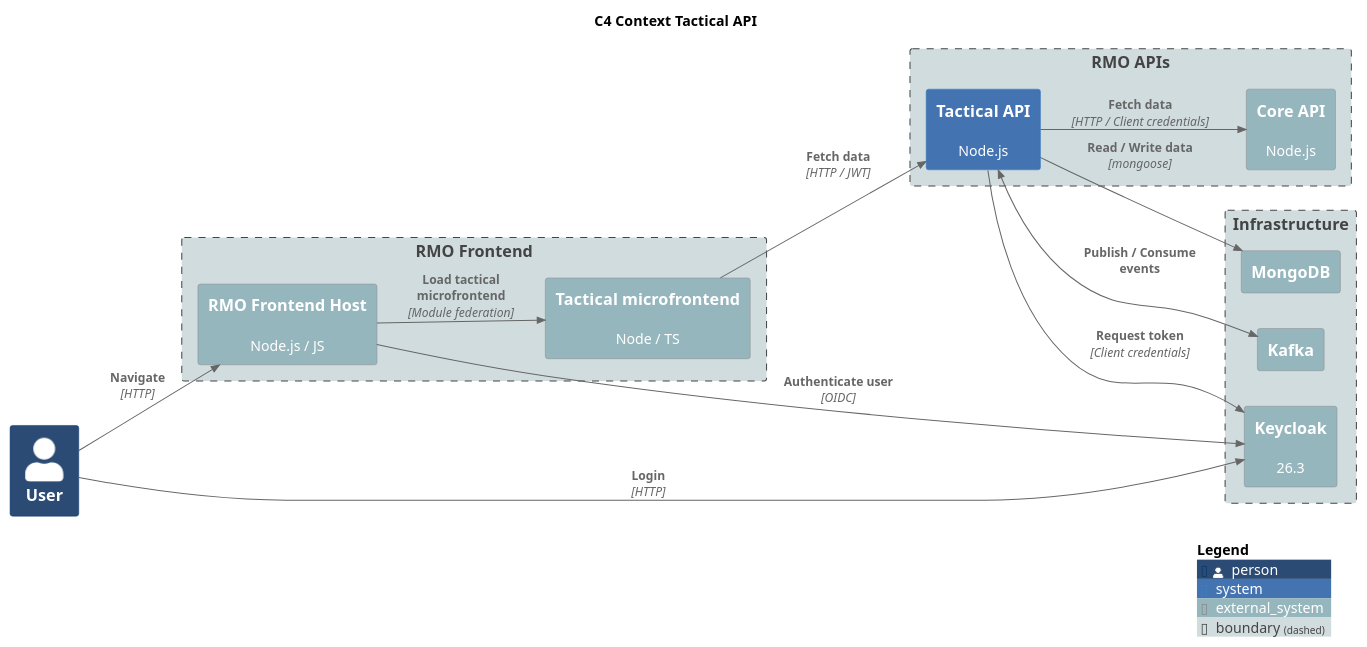
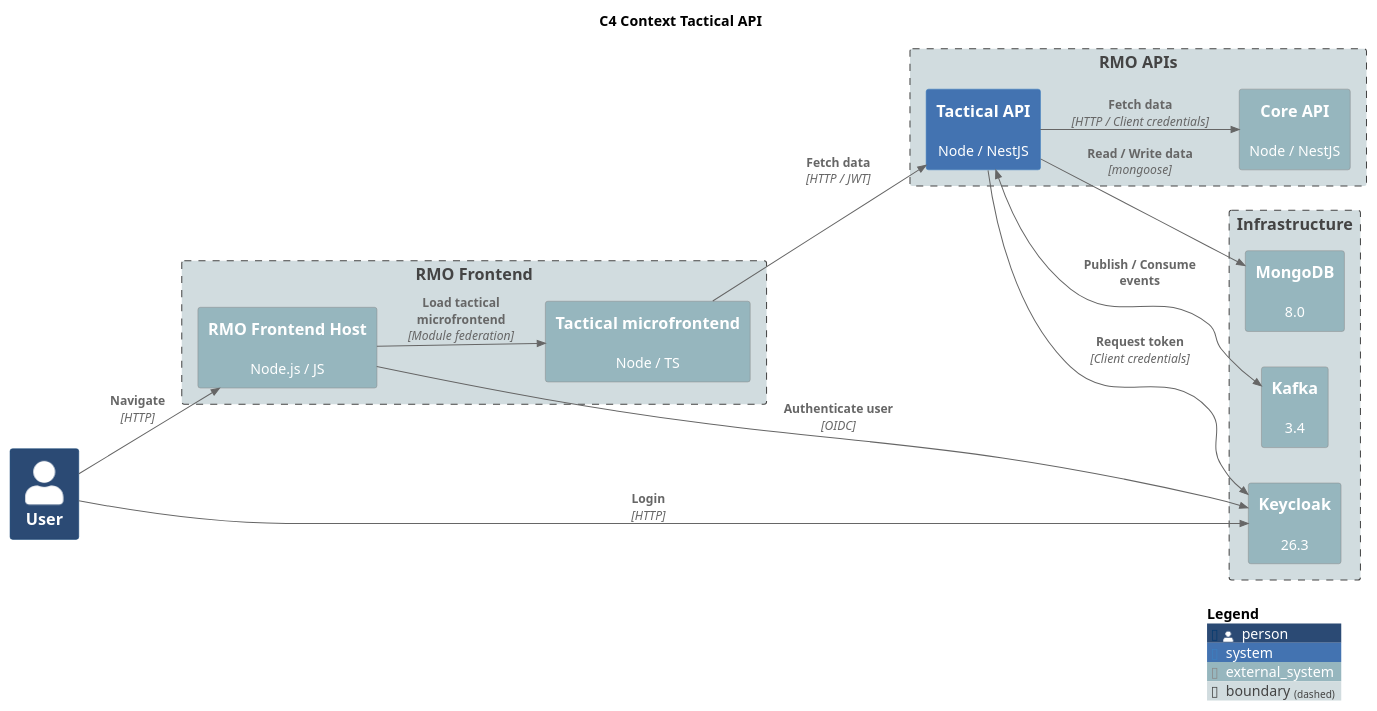
One commit to labcabrera/rmu-api-tactical changed the diagram in diagrams/c4-context.plantuml. Above: the diagram before and after it, drawn with PlantUML. The commit also changed 2 other files, not shown here.

Commit message:
Updated readme + diagrams.

```diff
--- a/diagrams/c4-context.plantuml
+++ b/diagrams/c4-context.plantuml
@@ -1,49 +1,49 @@
 @startuml C4 Context Tactical API
 title C4 Context Tactical API
 
 !include https://raw.githubusercontent.com/plantuml-stdlib/C4-PlantUML/master/C4_Context.puml
 
 LAYOUT_LEFT_RIGHT()
 
 UpdateElementStyle(person, $bgColor="#2b4a74ff")
 UpdateElementStyle(system, $bgColor="#4373b1ff")
 UpdateElementStyle(external_system, $bgColor="#96b6beff")
 UpdateElementStyle(boundary, $bgColor="#d1dcdfff")
 
 Person(user, "User")
 
 Boundary(frontend, "RMO Frontend") {
     System_Ext(rmu_fe_host, "RMO Frontend Host", "Node.js / JS")
     System_Ext(rmu_fe_tactical, "Tactical microfrontend", "Node / TS")
 }
 
 Boundary(apis, "RMO APIs") {
-    System_Ext(rmu_api_core, "Core API", "Node.js")
-    System(rmu_api_tactical, "Tactical API", "Node.js")
+    System_Ext(rmu_api_core, "Core API", "Node / NestJS")
+    System(rmu_api_tactical, "Tactical API", "Node / NestJS")
 }
 
 Boundary(infrastructure, "Infrastructure") {
-    System_Ext(mongodb, "MongoDB", "")
+    System_Ext(mongodb, "MongoDB", "8.0")
     System_Ext(keycloak, "Keycloak", "26.3")
-    System_Ext(kafka, "Kafka", "")
+    System_Ext(kafka, "Kafka", "3.4")
 }
 
 Rel(user, rmu_fe_host, "Navigate", "HTTP")
 Rel(user, keycloak, "Login", "HTTP")
 
 Rel(rmu_fe_host, rmu_fe_tactical, "Load tactical microfrontend", "Module federation")
 Rel(rmu_fe_host, keycloak, "Authenticate user", "OIDC")
 
 Rel(rmu_fe_tactical, rmu_api_tactical, "Fetch data", "HTTP / JWT")
 
 Rel(rmu_api_tactical, rmu_api_core, "Fetch data", "HTTP / Client credentials")
 
 Rel(rmu_api_tactical, keycloak, "Request token", "Client credentials")
 
 Rel(rmu_api_tactical, mongodb, "Read / Write data", "mongoose")
 
 BiRel(rmu_api_tactical, kafka, "Publish / Consume events", "")
 
 SHOW_LEGEND()
 
 @enduml
```
